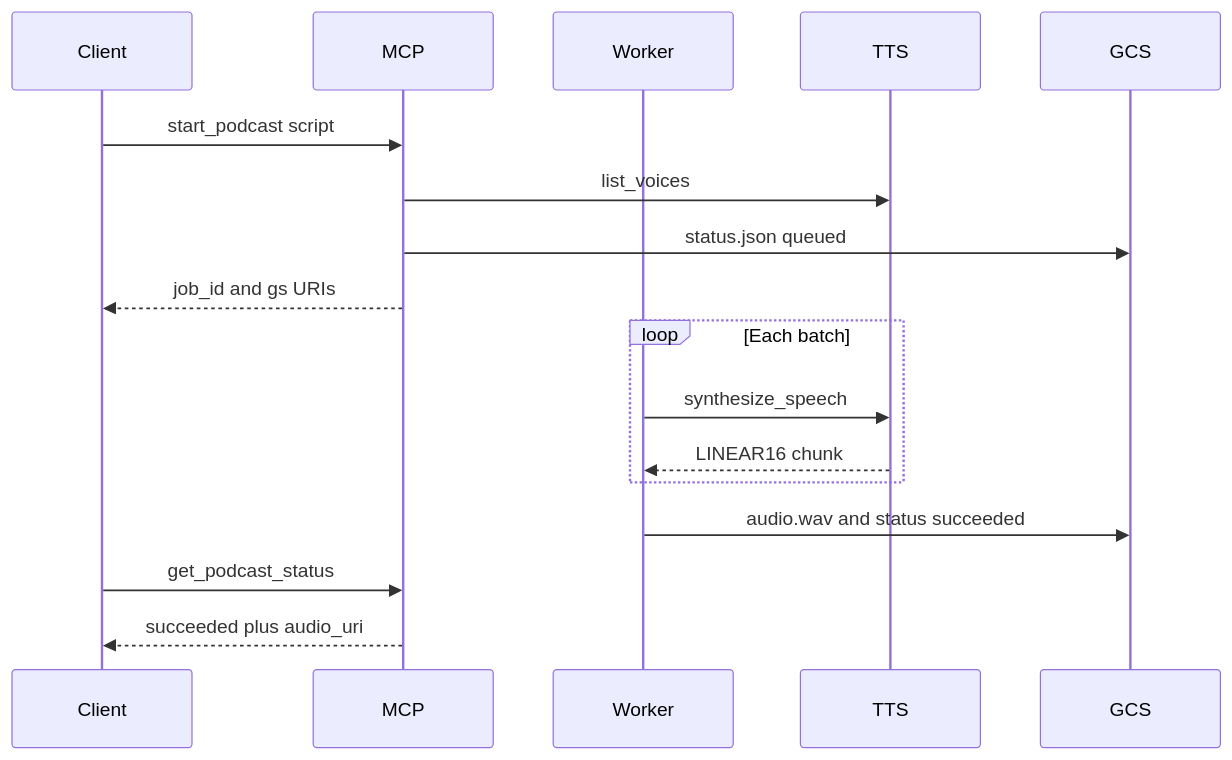
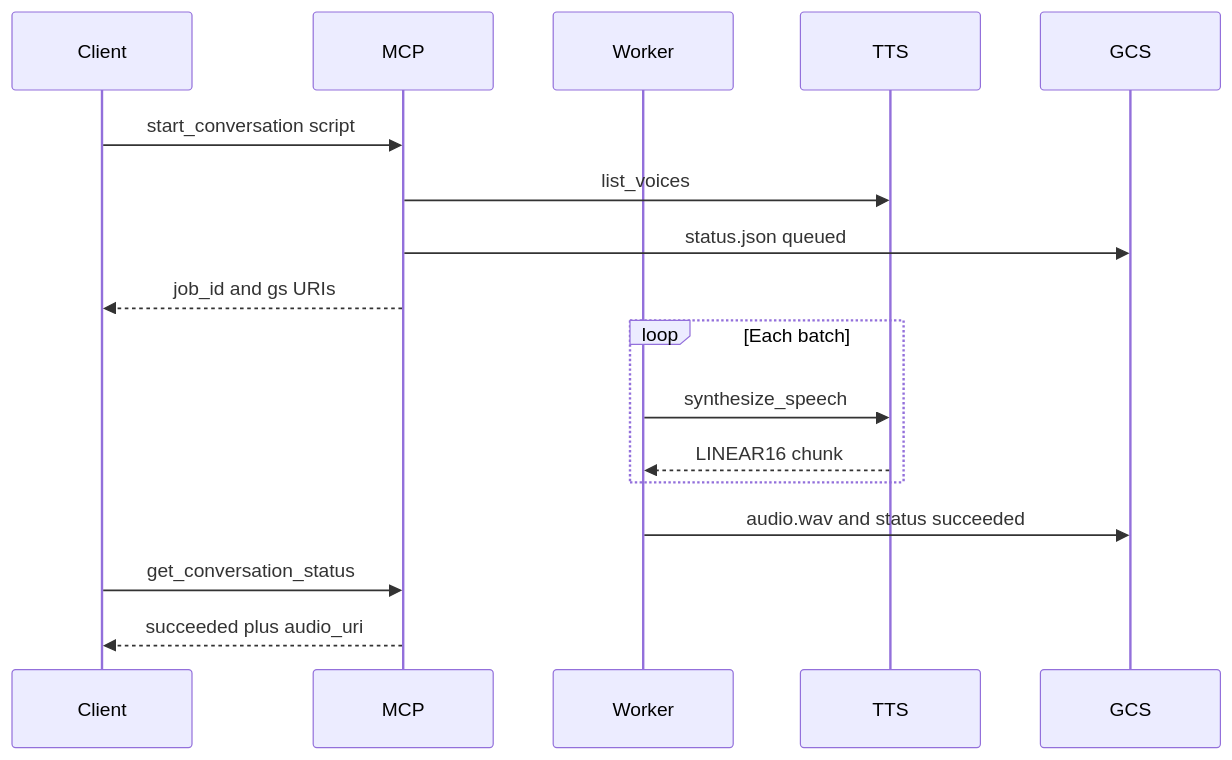
Before and after one commit to se02035/agentic-audio-conversations: the third of 3 diagrams in README.md, drawn with Mermaid. The commit also changed other lines of this file and 66 other files, not shown here.

````diff
--- a/README.md
+++ b/README.md
@@ -56,19 +56,19 @@
 ```mermaid
 sequenceDiagram
   participant Client
   participant MCP
   participant Worker
   participant TTS
   participant GCS
-  Client->>MCP: start_podcast script
+  Client->>MCP: start_conversation script
   MCP->>TTS: list_voices
   MCP->>GCS: status.json queued
   MCP-->>Client: job_id and gs URIs
   loop Each batch
     Worker->>TTS: synthesize_speech
     TTS-->>Worker: LINEAR16 chunk
   end
   Worker->>GCS: audio.wav and status succeeded
-  Client->>MCP: get_podcast_status
+  Client->>MCP: get_conversation_status
   MCP-->>Client: succeeded plus audio_uri
 ```
````
